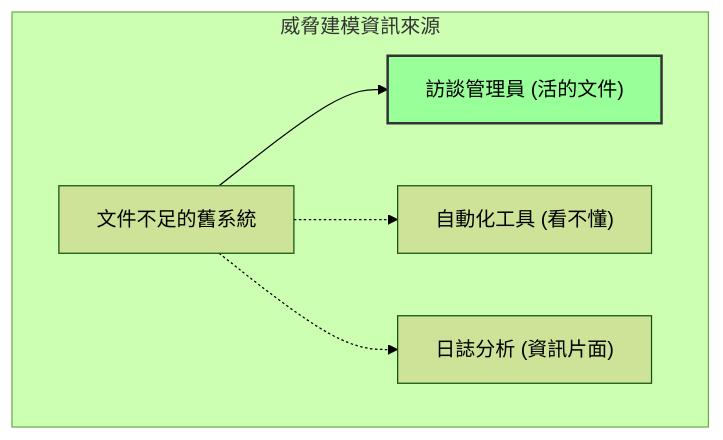
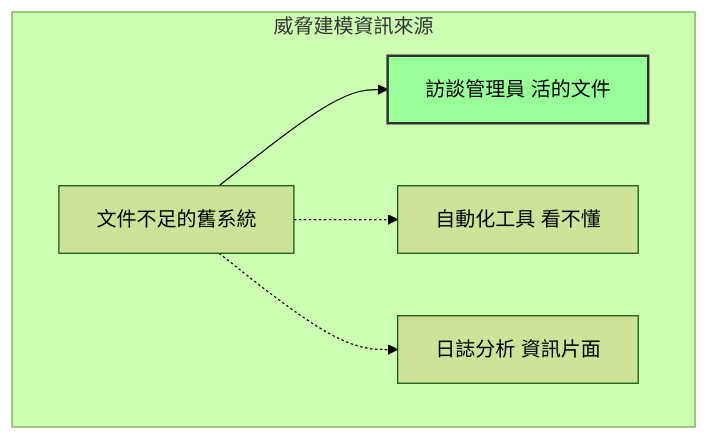
One commit to Twister5-com-tw-Dev-dep/CISSP-Mindset changed the fifth of 8 diagrams in CCSP/FEQ/Domain4-feq.md. Above: the diagram before and after it, drawn with Mermaid (forest theme). The commit also changed other lines of this file and 1 other file, not shown here.

Commit message:
fix : mermaid errors

````diff
--- a/CCSP/FEQ/Domain4-feq.md
+++ b/CCSP/FEQ/Domain4-feq.md
@@ -135,15 +136,15 @@
 ```mermaid
 graph TD
-    subgraph 威脅建模資訊來源
+    subgraph "威脅建模資訊來源"
         A[文件不足的舊系統]
-        B["訪談管理員 (活的文件)"]
-        C["自動化工具 (看不懂)"]
-        D["日誌分析 (資訊片面)"]
+        B[訪談管理員 活的文件]
+        C[自動化工具 看不懂]
+        D[日誌分析 資訊片面]
     end
 
     A --> B
     A -.-> C
     A -.-> D
 
     style B fill:#9f9,stroke:#333,stroke-width:2px
 ```
````
